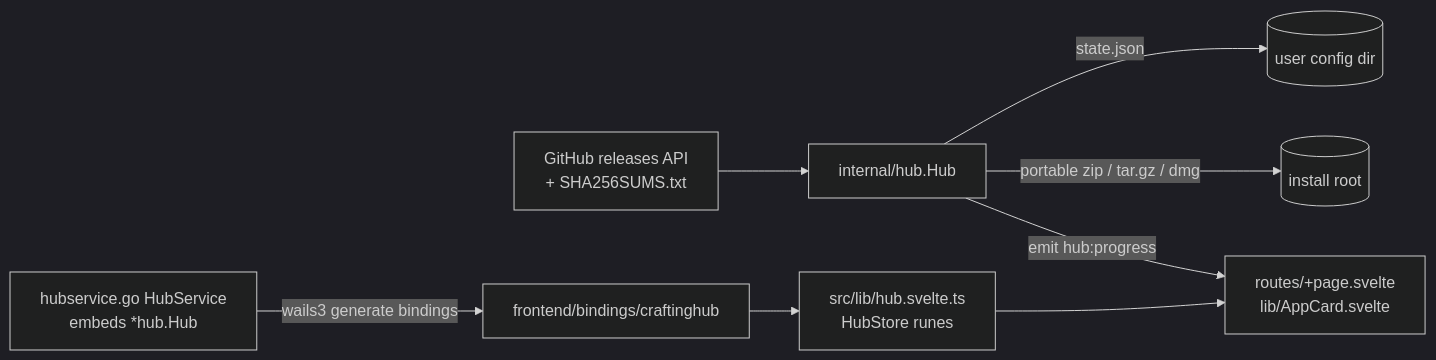
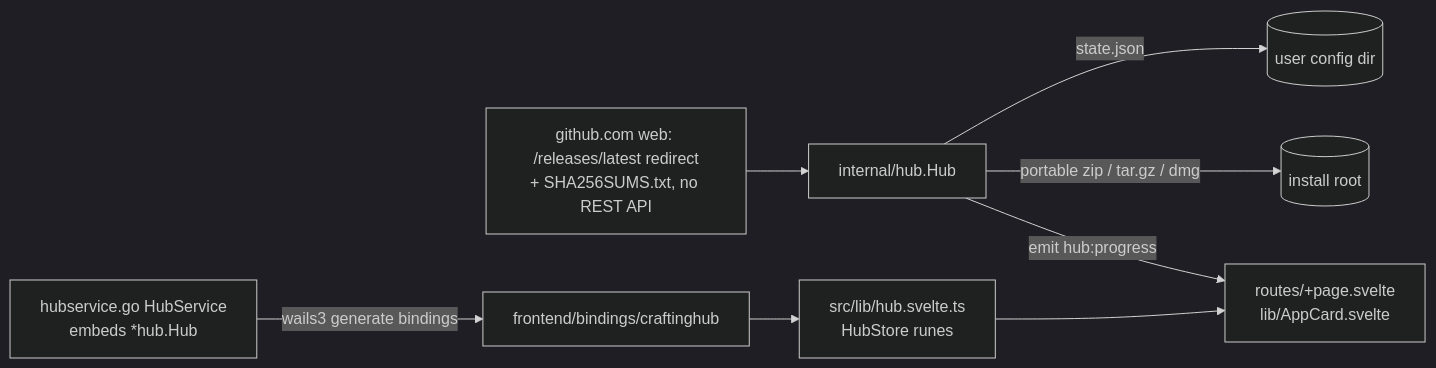
One commit to Jess4da/crafting-apps-hub changed the diagram in AGENTS.md. Above: the diagram before and after it, drawn with Mermaid (dark theme). The commit also changed other lines of this file and 8 other files, not shown here.

First line of the commit message:
Find releases without the GitHub REST API

````diff
--- a/AGENTS.md
+++ b/AGENTS.md
@@ -7,10 +7,10 @@
 ```mermaid
 flowchart LR
-  GH[GitHub releases API<br/>+ SHA256SUMS.txt] --> Hub[internal/hub.Hub]
+  GH[github.com web: /releases/latest redirect<br/>+ SHA256SUMS.txt, no REST API] --> Hub[internal/hub.Hub]
   Hub -->|state.json| Disk[(user config dir)]
   Hub -->|portable zip / tar.gz / dmg| Apps[(install root)]
   Hub -->|emit hub:progress| UI
   Svc[hubservice.go HubService<br/>embeds *hub.Hub] -->|wails3 generate bindings| Bind[frontend/bindings/craftinghub]
   Bind --> Store[src/lib/hub.svelte.ts<br/>HubStore runes]
   Store --> UI[routes/+page.svelte<br/>lib/AppCard.svelte]
 ```
````
